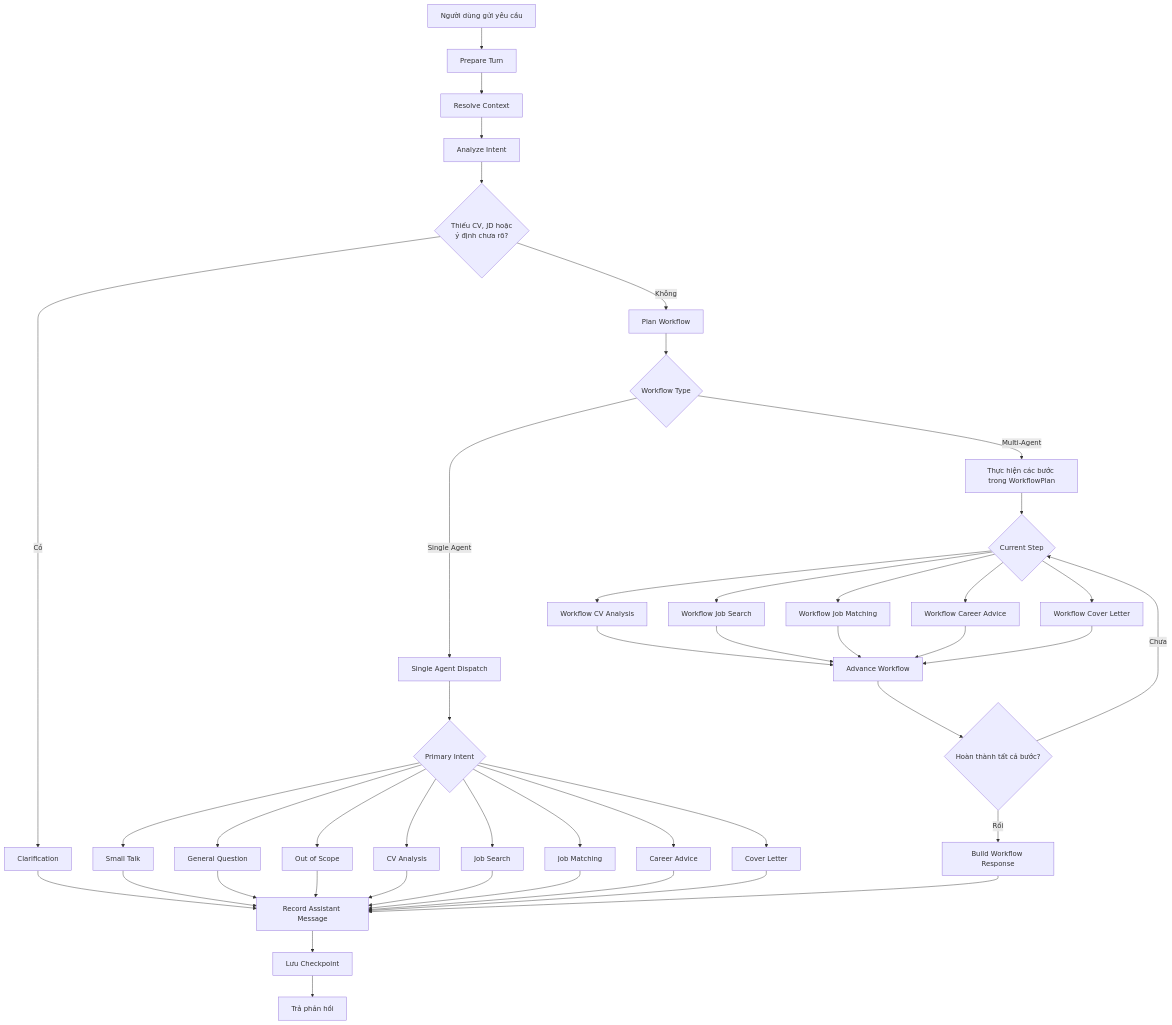
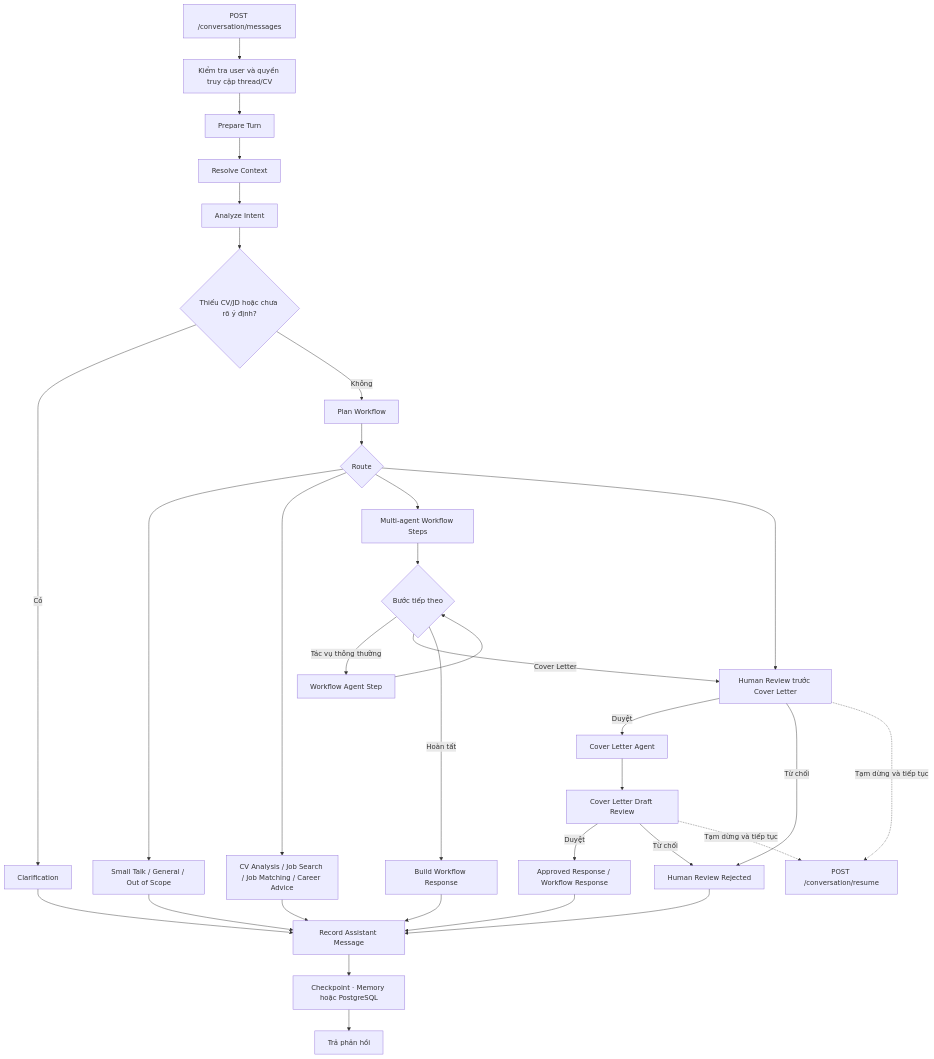
One commit to coderiukl/multi-agent-job-assistant changed the third of 7 diagrams in docs/architecture-as-is.md. Above: the diagram before and after it, drawn with Mermaid. The commit also changed other lines of this file, not shown here.

Commit message:
docs: sync as-is architecture with auth, CV worker and HITL workflow

````diff
--- a/docs/architecture-as-is.md
+++ b/docs/architecture-as-is.md
@@ -229,57 +229,35 @@
 ```mermaid
 flowchart TD
-    START["Người dùng gửi yêu cầu"] --> PREP["Prepare Turn"]
+    START["POST /conversation/messages"] --> AUTH["Kiểm tra user và quyền truy cập thread/CV"]
+    AUTH --> PREP["Prepare Turn"]
     PREP --> RESOLVE["Resolve Context"]
     RESOLVE --> INTENT["Analyze Intent"]
-
-    INTENT --> REQUIRED{"Thiếu CV, JD hoặc<br/>ý định chưa rõ?"}
-
-    REQUIRED -- "Có" --> CLARIFY["Clarification"]
-    REQUIRED -- "Không" --> PLAN["Plan Workflow"]
-
-    PLAN --> TYPE{"Workflow Type"}
-
-    TYPE -- "Single Agent" --> DISPATCH["Single Agent Dispatch"]
-    TYPE -- "Multi-Agent" --> MULTI["Thực hiện các bước trong WorkflowPlan"]
-
-    DISPATCH --> SINGLE{"Primary Intent"}
-    SINGLE --> SMALL["Small Talk"]
-    SINGLE --> GENERAL["General Question"]
-    SINGLE --> OUT["Out of Scope"]
-    SINGLE --> CVA["CV Analysis"]
-    SINGLE --> SEARCH["Job Search"]
-    SINGLE --> MATCH["Job Matching"]
-    SINGLE --> ADVICE["Career Advice"]
-    SINGLE --> COVER["Cover Letter"]
-
-    MULTI --> STEP{"Current Step"}
-    STEP --> MCV["Workflow CV Analysis"]
-    STEP --> MSEARCH["Workflow Job Search"]
-    STEP --> MMATCH["Workflow Job Matching"]
-    STEP --> MADVICE["Workflow Career Advice"]
-    STEP --> MCOVER["Workflow Cover Letter"]
-
-    MCV --> NEXT["Advance Workflow"]
-    MSEARCH --> NEXT
-    MMATCH --> NEXT
-    MADVICE --> NEXT
-    MCOVER --> NEXT
-
-    NEXT --> DONE{"Hoàn thành tất cả bước?"}
-    DONE -- "Chưa" --> STEP
-    DONE -- "Rồi" --> SUMMARY["Build Workflow Response"]
-
+    INTENT --> GATE{"Thiếu CV/JD hoặc chưa rõ ý định?"}
+    GATE -- "Có" --> CLARIFY["Clarification"]
+    GATE -- "Không" --> PLAN["Plan Workflow"]
+    PLAN --> ROUTE{"Route"}
+    ROUTE --> SIMPLE["Small Talk / General / Out of Scope"]
+    ROUTE --> AGENT["CV Analysis / Job Search / Job Matching / Career Advice"]
+    ROUTE --> MULTI["Multi-agent Workflow Steps"]
+    ROUTE --> REVIEW["Human Review trước Cover Letter"]
+    MULTI --> STEP{"Bước tiếp theo"}
+    STEP -- "Tác vụ thông thường" --> TASK["Workflow Agent Step"]
+    TASK --> STEP
+    STEP -- "Cover Letter" --> REVIEW
+    REVIEW -- "Duyệt" --> COVER["Cover Letter Agent"]
+    REVIEW -- "Từ chối" --> REJECT["Human Review Rejected"]
+    COVER --> DRAFT["Cover Letter Draft Review"]
+    DRAFT -- "Duyệt" --> APPROVED["Approved Response / Workflow Response"]
+    DRAFT -- "Từ chối" --> REJECT
     CLARIFY --> RECORD["Record Assistant Message"]
-    SMALL --> RECORD
-    GENERAL --> RECORD
-    OUT --> RECORD
-    CVA --> RECORD
-    SEARCH --> RECORD
-    MATCH --> RECORD
-    ADVICE --> RECORD
-    COVER --> RECORD
+    SIMPLE --> RECORD
+    AGENT --> RECORD
+    REJECT --> RECORD
+    APPROVED --> RECORD
+    STEP -- "Hoàn tất" --> SUMMARY["Build Workflow Response"]
     SUMMARY --> RECORD
-
-    RECORD --> CHECKPOINT["Lưu Checkpoint"]
-    CHECKPOINT --> END["Trả phản hồi"]
+    RECORD --> SAVE["Checkpoint · Memory hoặc PostgreSQL"]
+    SAVE --> END["Trả phản hồi"]
+    REVIEW -. "Tạm dừng và tiếp tục" .-> RESUME["POST /conversation/resume"]
+    DRAFT -. "Tạm dừng và tiếp tục" .-> RESUME
 ```
````
